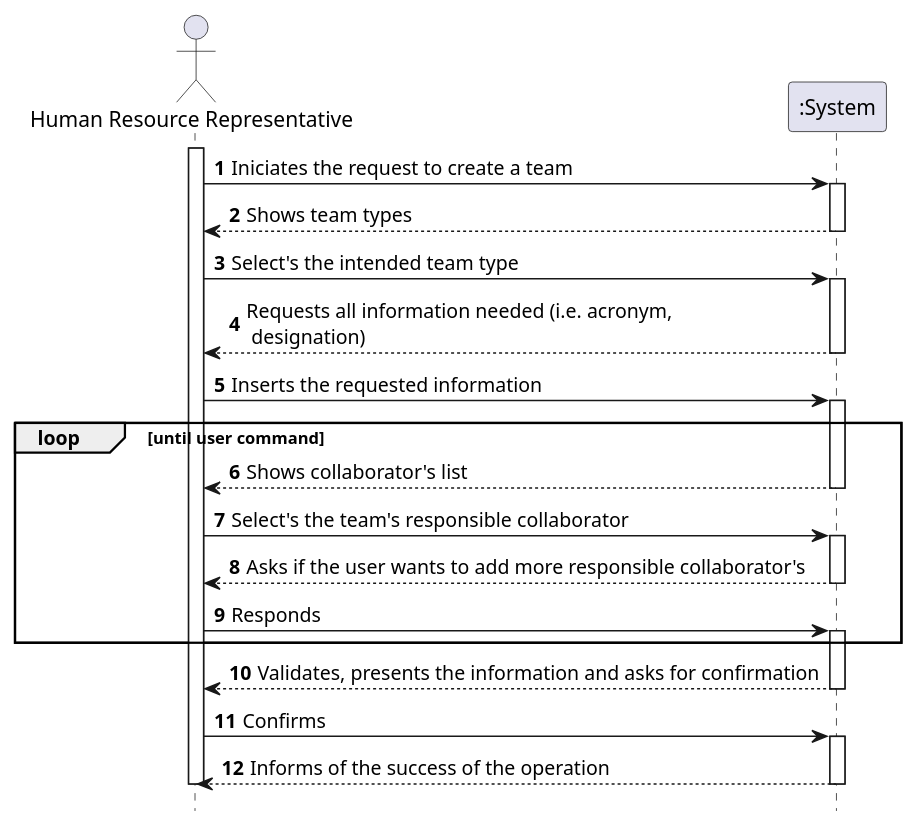
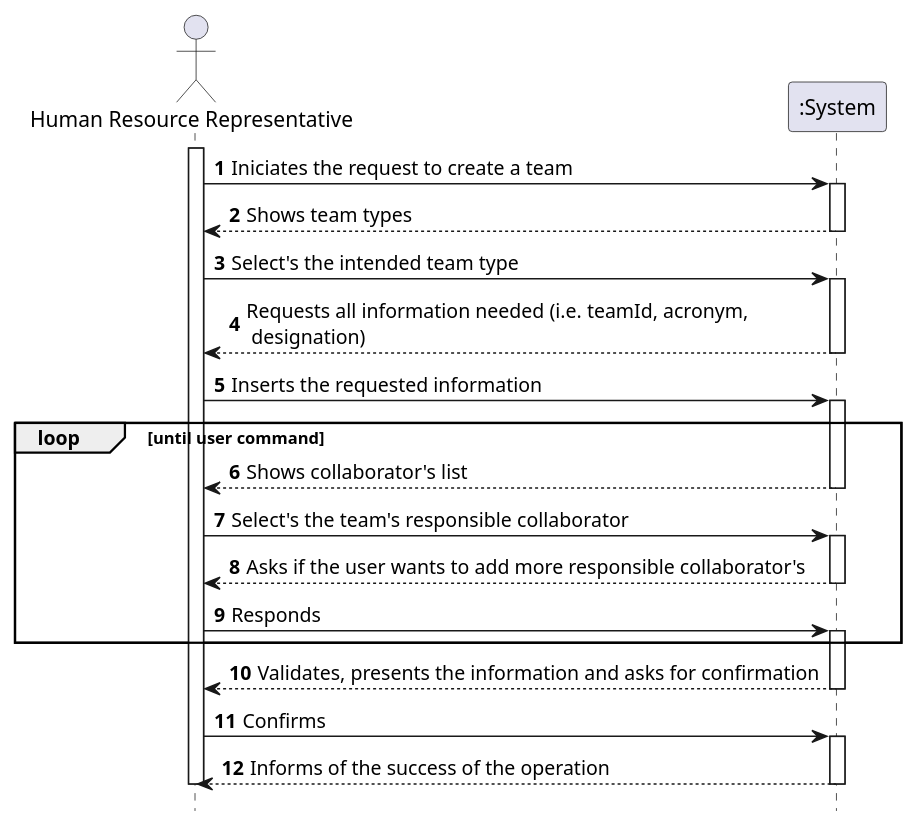
Before and after one commit to tiagoavcosta25/LAPR4: the diagram in doc/engenharia/SprintB/1191460/US-1-2052_CreateTeam/US-1-2052_SSD.puml, drawn with PlantUML. The commit also changed 5 other files, not shown here.

```diff
--- a/doc/engenharia/SprintB/1191460/US-1-2052_CreateTeam/US-1-2052_SSD.puml
+++ b/doc/engenharia/SprintB/1191460/US-1-2052_CreateTeam/US-1-2052_SSD.puml
@@ -1,48 +1,48 @@
 @startuml
 autonumber
 hide footbox
 
 actor "Human Resource Representative" as HRR
 
 participant ":System" as SYST
 
 activate HRR
 HRR-> SYST : Iniciates the request to create a team
 activate SYST
 SYST --> HRR: Shows team types
 deactivate SYST
 
 HRR-> SYST : Select's the intended team type
 activate SYST
 
-SYST --> HRR: Requests all information needed (i.e. acronym,\n designation)
+SYST --> HRR: Requests all information needed (i.e. teamId, acronym,\n designation)
 deactivate SYST
 
 HRR-> SYST : Inserts the requested information
 activate SYST
 
 loop until user command
     SYST --> HRR: Shows collaborator's list
     deactivate SYST
 
     HRR-> SYST : Select's the team's responsible collaborator
     activate SYST
 
     SYST --> HRR: Asks if the user wants to add more responsible collaborator's
     deactivate SYST
 
     HRR-> SYST : Responds
     activate SYST
 end
 
 SYST --> HRR: Validates, presents the information and asks for confirmation
 deactivate SYST
 
 HRR-> SYST : Confirms
 activate SYST
 SYST --> HRR: Informs of the success of the operation
 deactivate SYST
 
 deactivate HRR
 
 @enduml
```
